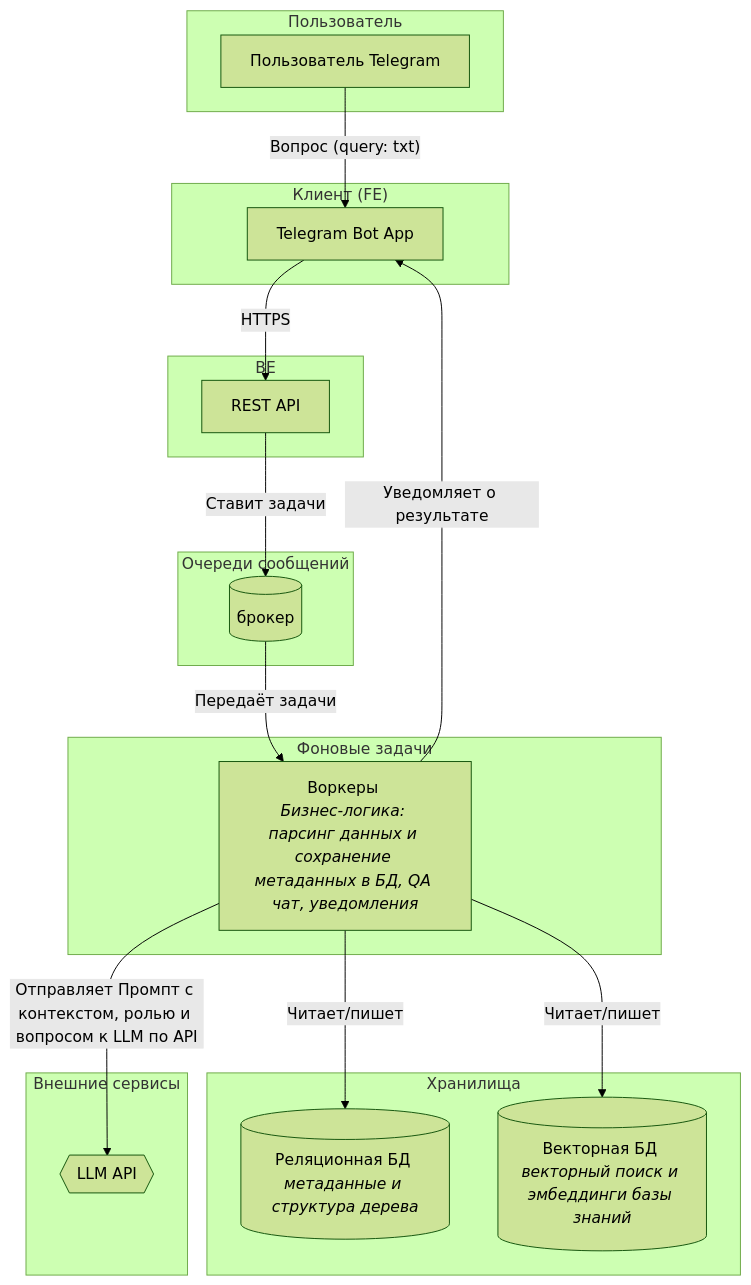
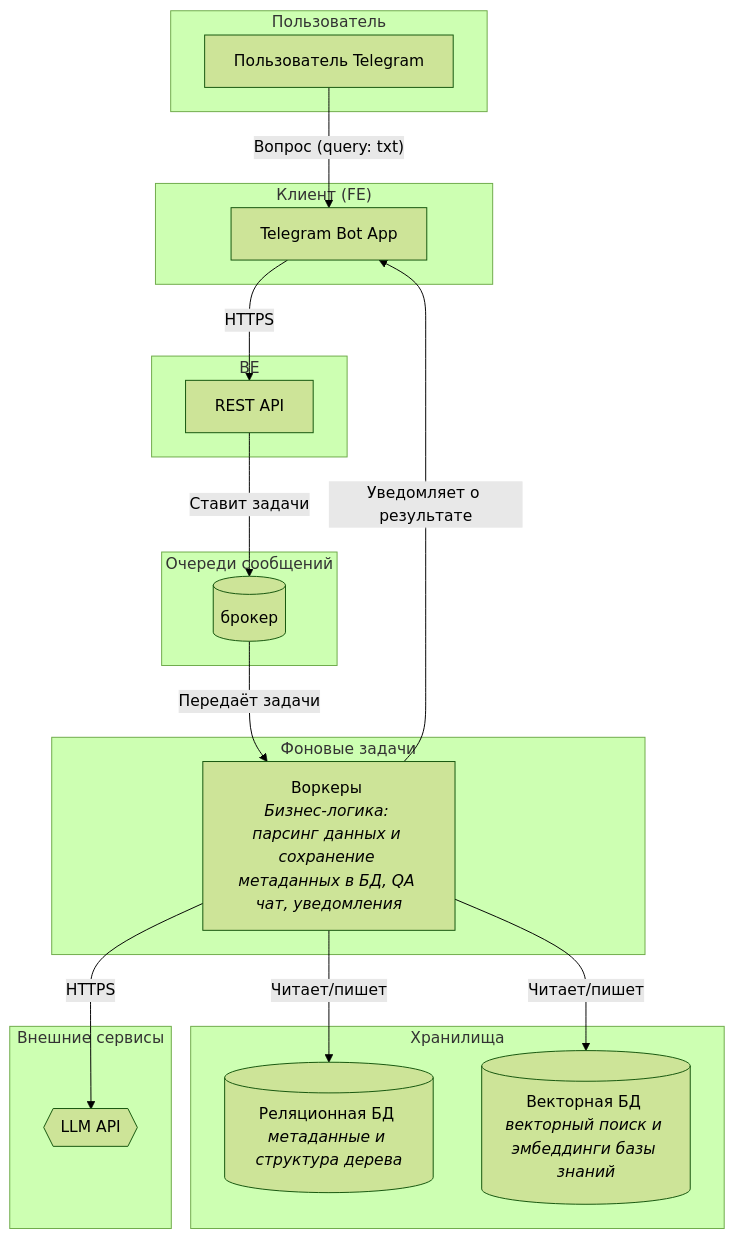
The diagram in Анастасия_Друзьянова/architect.MD (patolog123/Analyst-3.0), drawn with Mermaid (forest theme) before and after one commit.

````diff
--- a/Анастасия_Друзьянова/architect.MD
+++ b/Анастасия_Друзьянова/architect.MD
@@ -1,41 +1,41 @@
 ```mermaid
 graph TD
     subgraph "Пользователь"
         A[Пользователь Telegram]
     end
 
     subgraph "Клиент (FE)"
         B[Telegram Bot App]
     end
 
     subgraph "BE"
         C[REST API]
     end
 
     subgraph "Очереди сообщений"
         J[(брокер)]
     end
 
     subgraph "Фоновые задачи"
         F[Воркеры <br><i>Бизнес-логика: парсинг данных и сохранение метаданных в БД, QA чат, уведомления</i>]
     end
 
     subgraph "Хранилища"
         G[(Реляционная БД <br><i>метаданные и структура дерева</i>)]
         I[(Векторная БД <br><i>векторный поиск и эмбеддинги базы знаний</i>)]
     end
 
     subgraph "Внешние сервисы"
         H{{LLM API}}
     end
 
     %% Связи между компонентами
     A -- Вопрос (query: txt) --> B
     B -- HTTPS --> C
     C -- Ставит задачи --> J
     J -- Передаёт задачи --> F
-    F -- Отправляет Промпт с контекстом, ролью и вопросом к LLM по API --> H
+    F -- HTTPS --> H
     F -- Читает/пишет --> G
     F -- Читает/пишет --> I
     F -- Уведомляет о результате --> B
 ```
````
